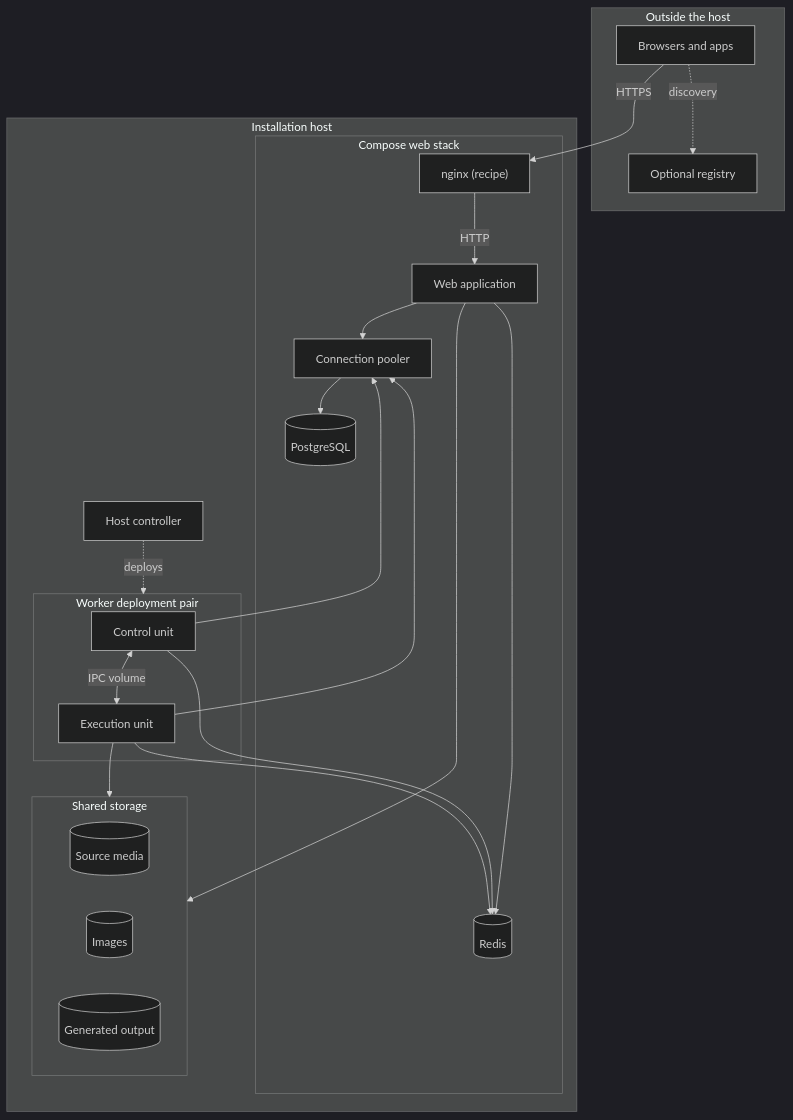
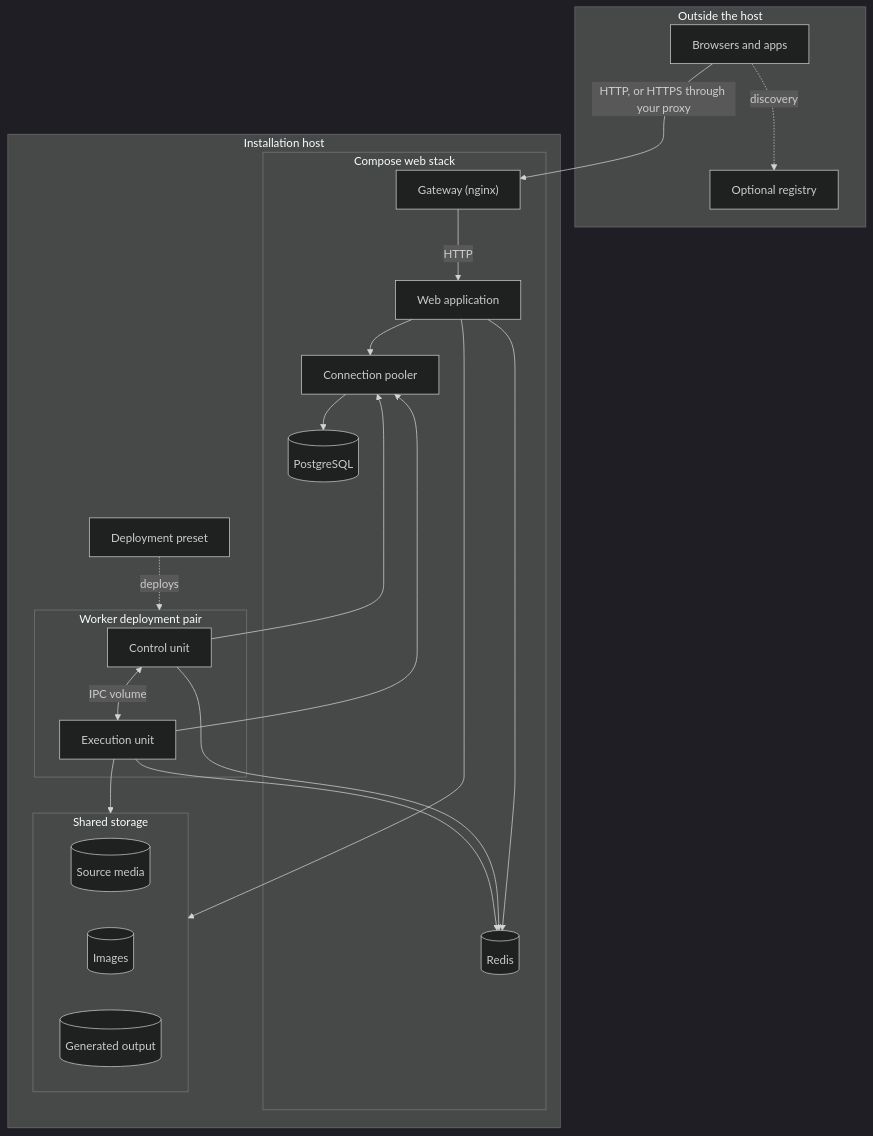
Before and after one commit to baander-app/baander: the diagram in docs-book/part-1-operator-guide/getting-started/deployment-topology.md, drawn with Mermaid (dark theme). The commit also changed other lines of this file and 95 other files, not shown here.

````diff
--- a/docs-book/part-1-operator-guide/getting-started/deployment-topology.md
+++ b/docs-book/part-1-operator-guide/getting-started/deployment-topology.md
@@ -9,43 +9,43 @@
 ```mermaid
 flowchart TB
     accTitle: Deployment topology of a Baander installation
-    accDescr: Browsers and apps reach nginx, which forwards to the web application with its Swoole HTTP and WebSocket server. The web application and the worker deployment pair reach PostgreSQL through the connection pooler and use Redis directly. The host controller, outside Compose, deploys the control and execution units, which a private IPC volume joins. The web application and the execution unit share the source media, images and generated output. The optional registry runs outside the installation host and is reached by clients only.
+    accDescr: Browsers and apps reach the gateway, directly or through a TLS reverse proxy, and the gateway forwards to the web application with its Swoole HTTP and WebSocket server. The web application and the worker deployment pair reach PostgreSQL through the connection pooler and use Redis directly. The deployment preset, outside Compose, deploys the control and execution units, which a private IPC volume joins. The web application and the execution unit share the source media, images and generated output. The optional registry runs outside the installation host and is reached by clients only.
     subgraph outside[Outside the host]
         clients[Browsers and apps]
         registry[Optional registry]
     end
     subgraph host[Installation host]
         subgraph web[Compose web stack]
-            nginx["nginx (recipe)"]
+            gateway["Gateway (nginx)"]
             app[Web application]
             pooler[Connection pooler]
             postgres[(PostgreSQL)]
             redis[(Redis)]
         end
-        controller[Host controller]
+        controller[Deployment preset]
         subgraph pair[Worker deployment pair]
             control[Control unit]
             execution[Execution unit]
         end
         subgraph storage[Shared storage]
             source[(Source media)]
             images[(Images)]
             output[(Generated output)]
         end
     end
     clients -.->|discovery| registry
-    clients -->|HTTPS| nginx
-    nginx -->|HTTP| app
+    clients -->|HTTP, or HTTPS through your proxy| gateway
+    gateway -->|HTTP| app
     app --> pooler
     pooler --> postgres
     app --> redis
     postgres ~~~ controller
     controller -.->|deploys| pair
     control <-->|IPC volume| execution
     control --> pooler
     execution --> pooler
     control --> redis
     execution --> redis
     app --> storage
     execution --> storage
 ```
````
